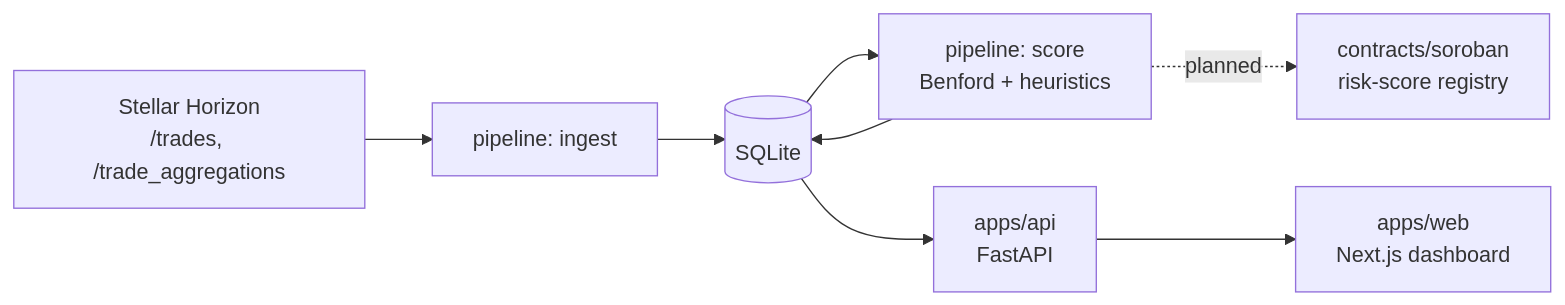
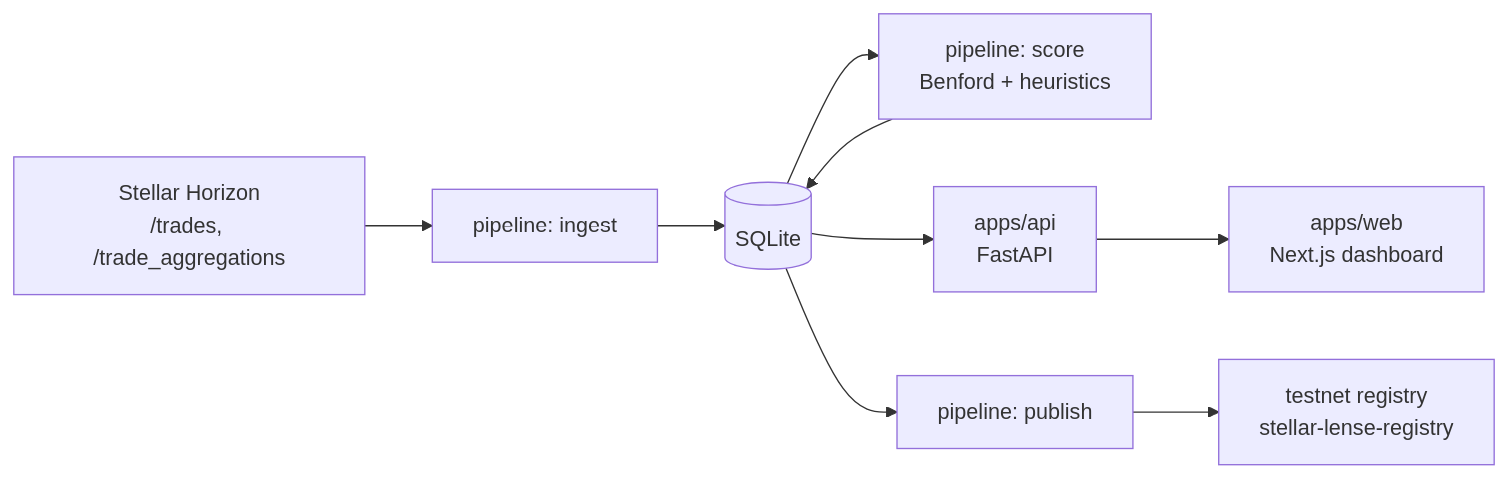
Before and after one commit to Stellar-lens/Stellar-Lense: the diagram in README.md, drawn with Mermaid. The commit also changed other lines of this file and 3 other files, not shown here.

First line of the commit message:
feat: deploy registry + mock-amm to testnet, record ids, nightly read-back job

````diff
--- a/README.md
+++ b/README.md
@@ -33,10 +33,10 @@
 ```mermaid
 flowchart LR
     H[Stellar Horizon<br/>/trades, /trade_aggregations] --> P[pipeline: ingest]
     P --> D[(SQLite)]
     D --> S[pipeline: score<br/>Benford + heuristics]
     S --> D
     D --> A[apps/api<br/>FastAPI]
     A --> W[apps/web<br/>Next.js dashboard]
-    S -.planned.-> C[contracts/soroban<br/>risk-score registry]
+    D --> PUB[pipeline: publish] --> C[testnet registry<br/>stellar-lense-registry]
 ```
````
